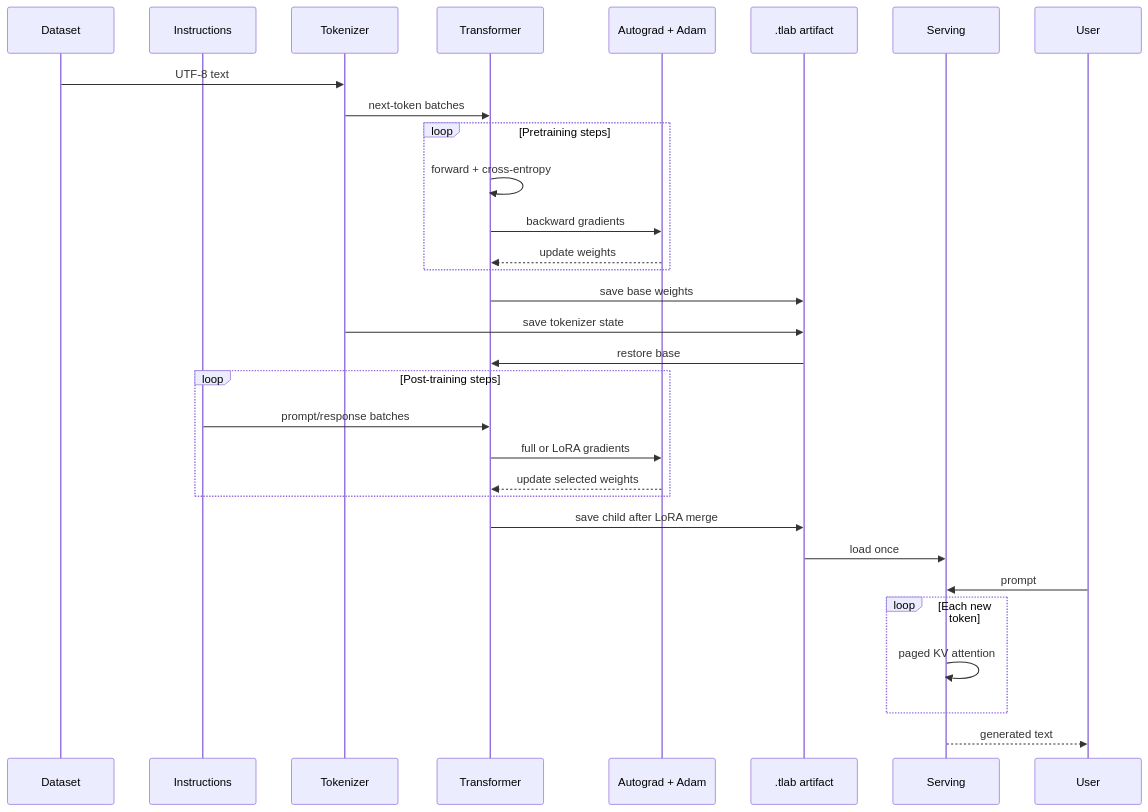
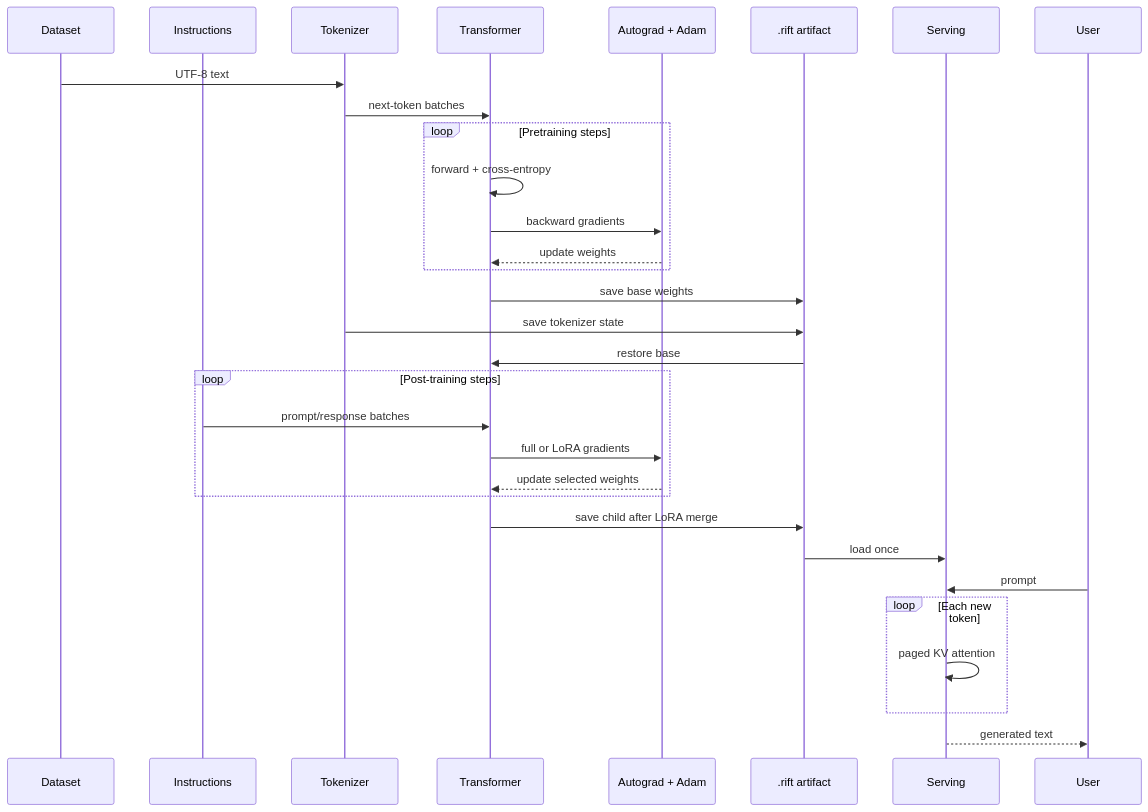
One commit to quangng2000/riftco-transformer changed the second of 2 diagrams in README.md. Above: the diagram before and after it, drawn with Mermaid. The commit also changed other lines of this file and 271 other files, not shown here.

````diff
--- a/README.md
+++ b/README.md
@@ -55,34 +58,34 @@
 ```mermaid
 sequenceDiagram
     participant D as Dataset
     participant I as Instructions
     participant T as Tokenizer
     participant M as Transformer
     participant O as Autograd + Adam
-    participant A as .tlab artifact
+    participant A as .rift artifact
     participant S as Serving
     participant U as User
 
     D->>T: UTF-8 text
     T->>M: next-token batches
     loop Pretraining steps
         M->>M: forward + cross-entropy
         M->>O: backward gradients
         O-->>M: update weights
     end
     M->>A: save base weights
     T->>A: save tokenizer state
     A->>M: restore base
     loop Post-training steps
         I->>M: prompt/response batches
         M->>O: full or LoRA gradients
         O-->>M: update selected weights
     end
     M->>A: save child after LoRA merge
     A->>S: load once
     U->>S: prompt
     loop Each new token
         S->>S: paged KV attention
     end
     S-->>U: generated text
 ```
````
